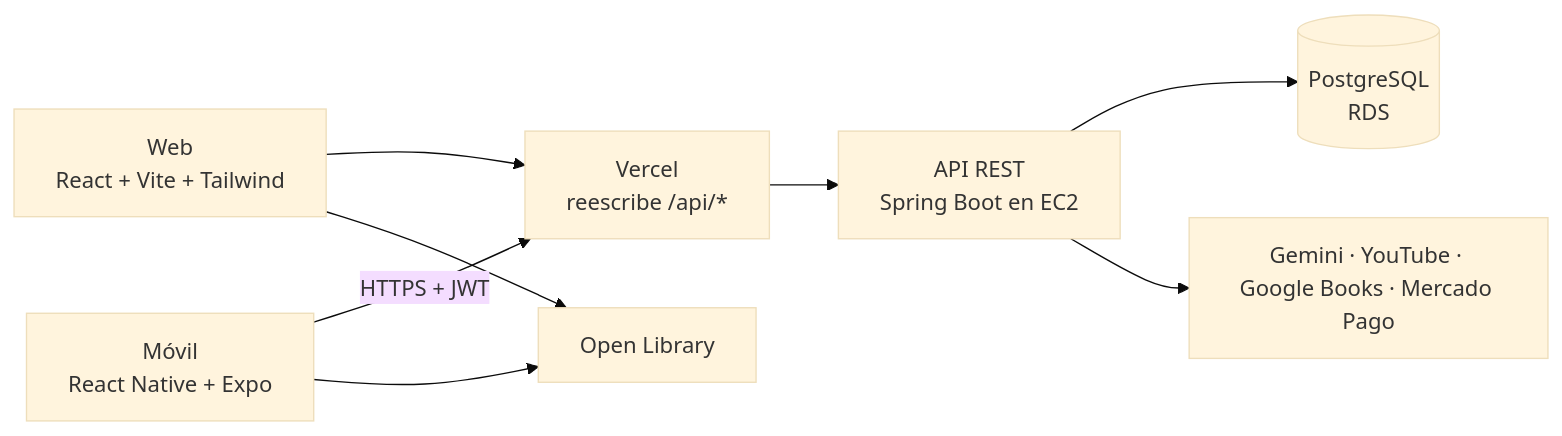
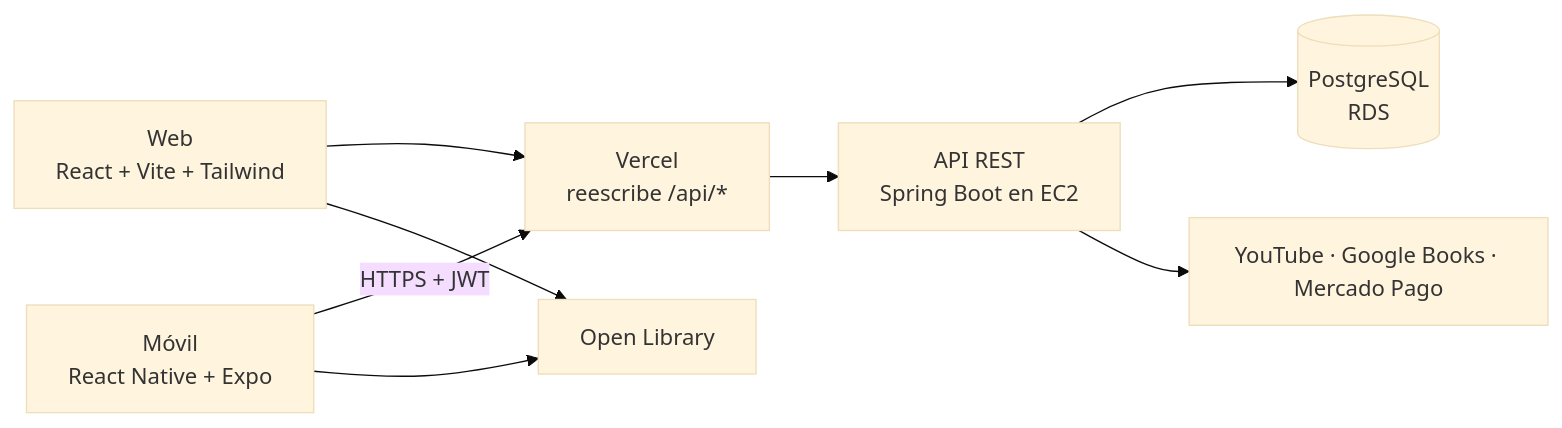
Before and after one commit to marcobautista-sketch/rumbou-frontend: the diagram in README.md, drawn with Mermaid (base theme). The commit also changed other lines of this file, not shown here.

````diff
--- a/README.md
+++ b/README.md
@@ -19,10 +19,10 @@
 ```mermaid
 flowchart LR
   web["Web<br/>React + Vite + Tailwind"] --> vercel
   app["Móvil<br/>React Native + Expo"] -->|HTTPS + JWT| vercel
   vercel["Vercel<br/>reescribe /api/*"] --> api
   api["API REST<br/>Spring Boot en EC2"] --> db[("PostgreSQL<br/>RDS")]
-  api --> ext["Gemini · YouTube · Google Books · Mercado Pago"]
+  api --> ext["YouTube · Google Books · Mercado Pago"]
   app --> ol["Open Library"]
   web --> ol
 ```
````
